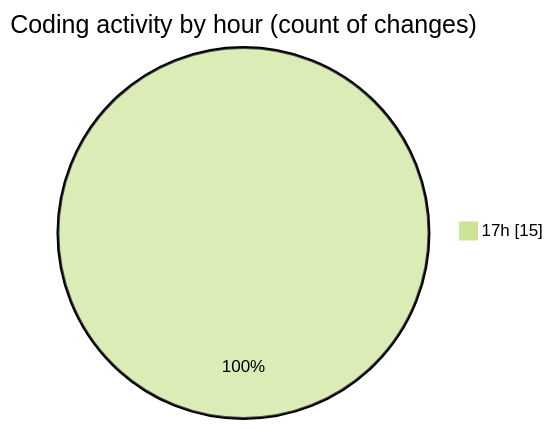
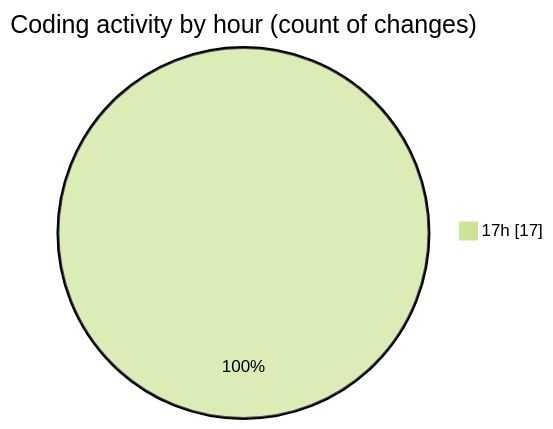
Before and after one commit to Ritupan-Deka/code-tracking: the second of 2 diagrams in 2025-06-03/realtimechat/README.md, drawn with Mermaid (forest theme). The commit also changed other lines of this file and 1 other file, not shown here.

````diff
--- a/2025-06-03/realtimechat/README.md
+++ b/2025-06-03/realtimechat/README.md
@@ -37,5 +37,5 @@
 ```mermaid
 pie showData
 title Coding activity by hour (count of changes)
-"17h" : 15
+"17h" : 17
 ```
````
